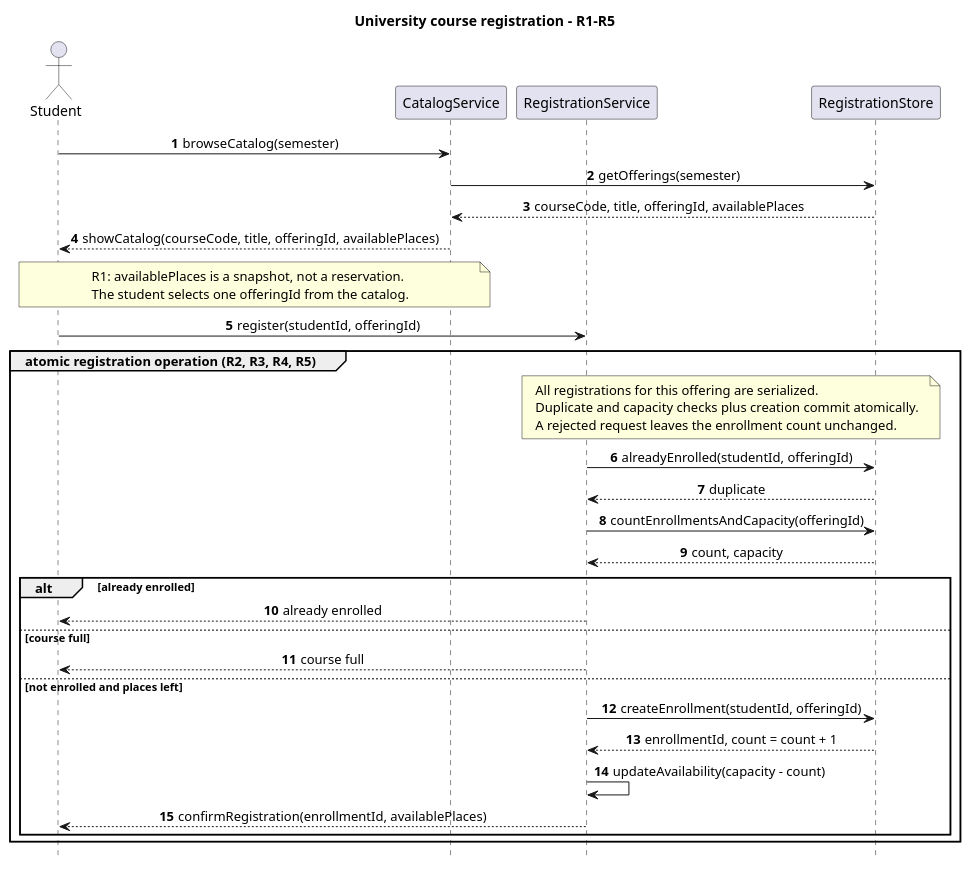
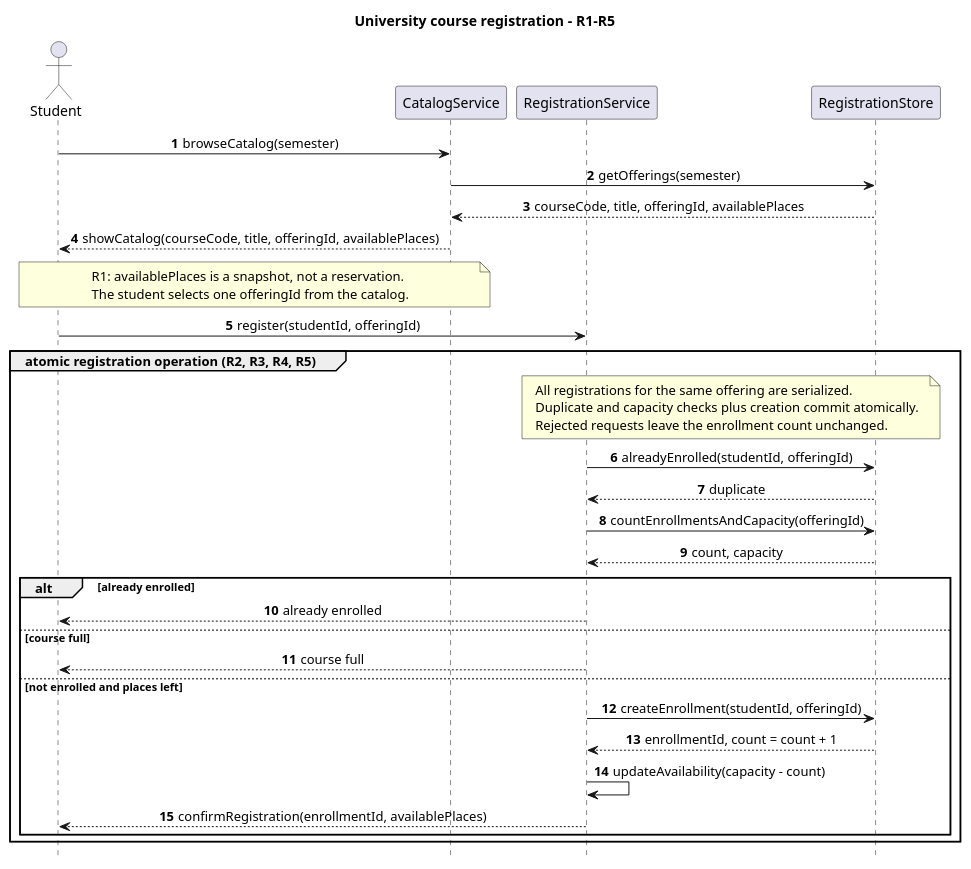
One commit to Assylbek-Uzakbayev/SofwareENG changed the diagram in sis-02/models/original/sequence.puml. Above: the diagram before and after it, drawn with PlantUML. The commit also changed 9 other files, not shown here.

```diff
--- a/sis-02/models/original/sequence.puml
+++ b/sis-02/models/original/sequence.puml
@@ -1,42 +1,48 @@
 @startuml
 skinparam backgroundColor #FFFFFF
 skinparam sequenceMessageAlign center
 hide footbox
 title University course registration - R1-R5
 autonumber
+
 actor Student
 participant CatalogService
 participant RegistrationService
 participant RegistrationStore
 
 Student -> CatalogService: browseCatalog(semester)
 CatalogService -> RegistrationStore: getOfferings(semester)
 RegistrationStore --> CatalogService: courseCode, title, offeringId, availablePlaces
 CatalogService --> Student: showCatalog(courseCode, title, offeringId, availablePlaces)
+
 note over Student, CatalogService
 R1: availablePlaces is a snapshot, not a reservation.
 The student selects one offeringId from the catalog.
 end note
+
 Student -> RegistrationService: register(studentId, offeringId)
+
 group atomic registration operation (R2, R3, R4, R5)
 note over RegistrationService, RegistrationStore
-All registrations for this offering are serialized.
+All registrations for the same offering are serialized.
 Duplicate and capacity checks plus creation commit atomically.
-A rejected request leaves the enrollment count unchanged.
+Rejected requests leave the enrollment count unchanged.
 end note
+
 RegistrationService -> RegistrationStore: alreadyEnrolled(studentId, offeringId)
 RegistrationStore --> RegistrationService: duplicate
 RegistrationService -> RegistrationStore: countEnrollmentsAndCapacity(offeringId)
 RegistrationStore --> RegistrationService: count, capacity
+
 alt already enrolled
 RegistrationService --> Student: already enrolled
 else course full
 RegistrationService --> Student: course full
 else not enrolled and places left
 RegistrationService -> RegistrationStore: createEnrollment(studentId, offeringId)
 RegistrationStore --> RegistrationService: enrollmentId, count = count + 1
 RegistrationService -> RegistrationService: updateAvailability(capacity - count)
 RegistrationService --> Student: confirmRegistration(enrollmentId, availablePlaces)
 end
 end
 @enduml
```
